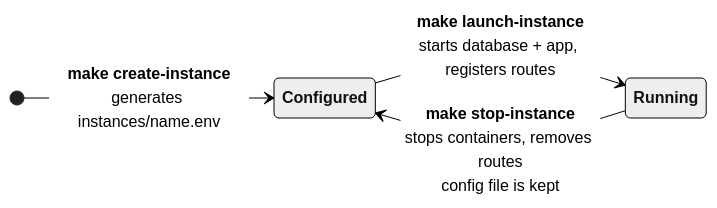
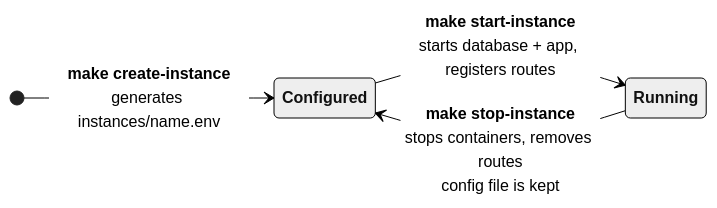
The third of 3 diagrams in README.md (dhis2/docker-deployment), drawn with Mermaid (neutral theme) before and after one commit. The commit also changed other lines of this file and 5 other files, not shown here.

Commit message:
refactor: rename launch-* targets to start-* for consistency with stop-instance

````diff
--- a/README.md
+++ b/README.md
@@ -263,10 +263,10 @@
 ```mermaid
 stateDiagram-v2
     direction LR
     [*] --> **Configured** : **make create-instance**<br/>generates instances/name.env
 
-    **Configured** --> **Running** : **make launch-instance**<br/>starts database + app, registers routes
+    **Configured** --> **Running** : **make start-instance**<br/>starts database + app, registers routes
 
     **Running** --> **Configured** : **make stop-instance**<br/>stops containers, removes routes<br/>config file is kept
 
 ```
````
